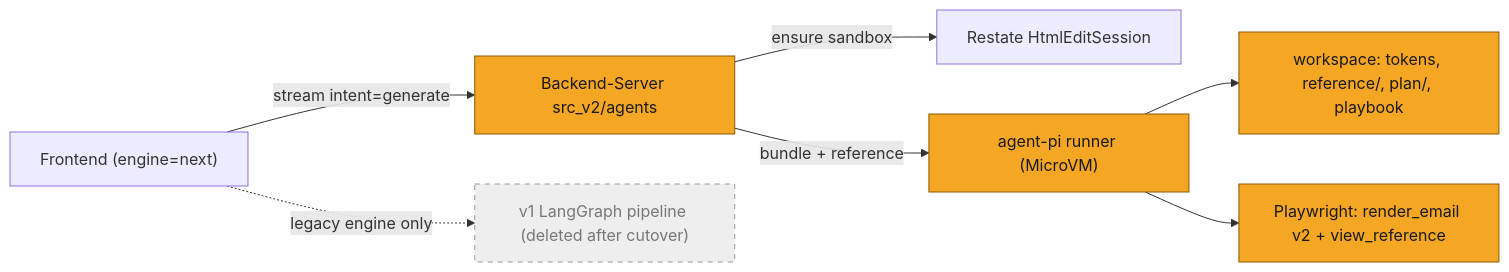
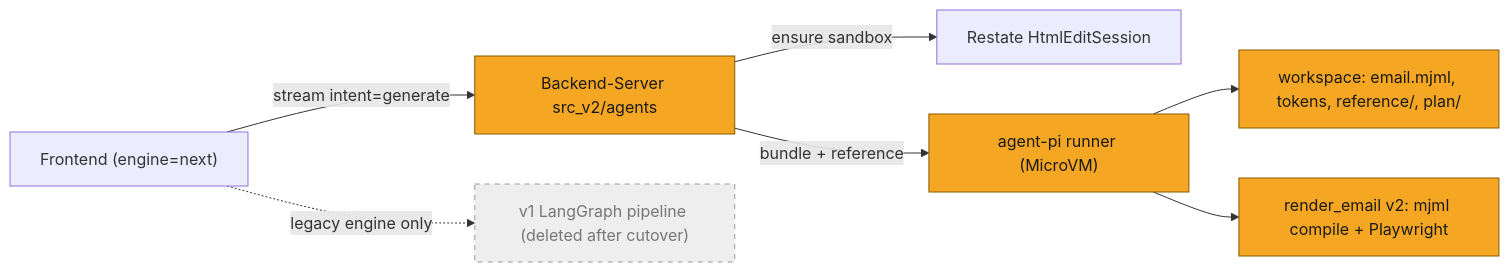
One commit to Solstice-Health/engineering-specs changed the first of 4 diagrams in plans/SOL-3169-unified-generation-agent.md. Above: the diagram before and after it, drawn with Mermaid. The commit also changed other lines of this file, not shown here.

Commit message:
SOL-3169: generate emails through MJML, with HTML as the platform asset

````diff
--- a/plans/SOL-3169-unified-generation-agent.md
+++ b/plans/SOL-3169-unified-generation-agent.md
@@ -72,11 +78,11 @@
 ```mermaid
 flowchart LR
     classDef delta fill:#F5A623,stroke:#8A5A00,color:#1A1A1A
     classDef dead fill:#eee,stroke:#999,color:#777,stroke-dasharray: 5 5
     FE["Frontend (engine=next)"] -->|"stream intent=generate"| BE["Backend-Server src_v2/agents"]:::delta
     FE -.->|legacy engine only| V1["v1 LangGraph pipeline (deleted after cutover)"]:::dead
     BE -->|ensure sandbox| RS["Restate HtmlEditSession"]
     BE -->|"bundle + reference"| A["agent-pi runner (MicroVM)"]:::delta
-    A --> WS["workspace: tokens, reference/, plan/, playbook"]:::delta
-    A --> PW["Playwright: render_email v2 + view_reference"]:::delta
+    A --> WS["workspace: email.mjml, tokens, reference/, plan/"]:::delta
+    A --> PW["render_email v2: mjml compile + Playwright"]:::delta
 ```
````
